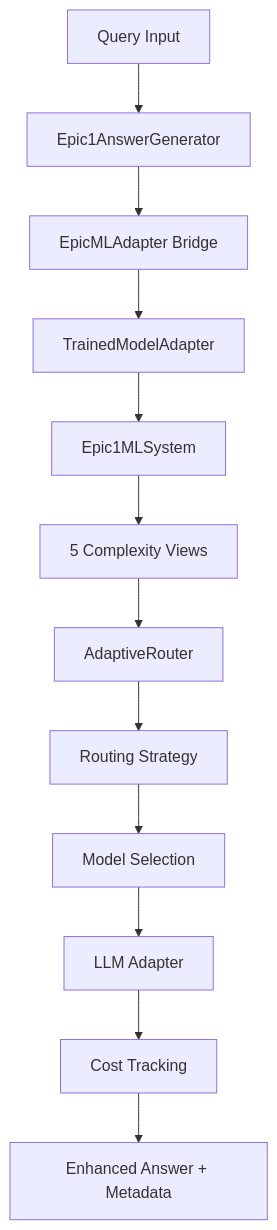
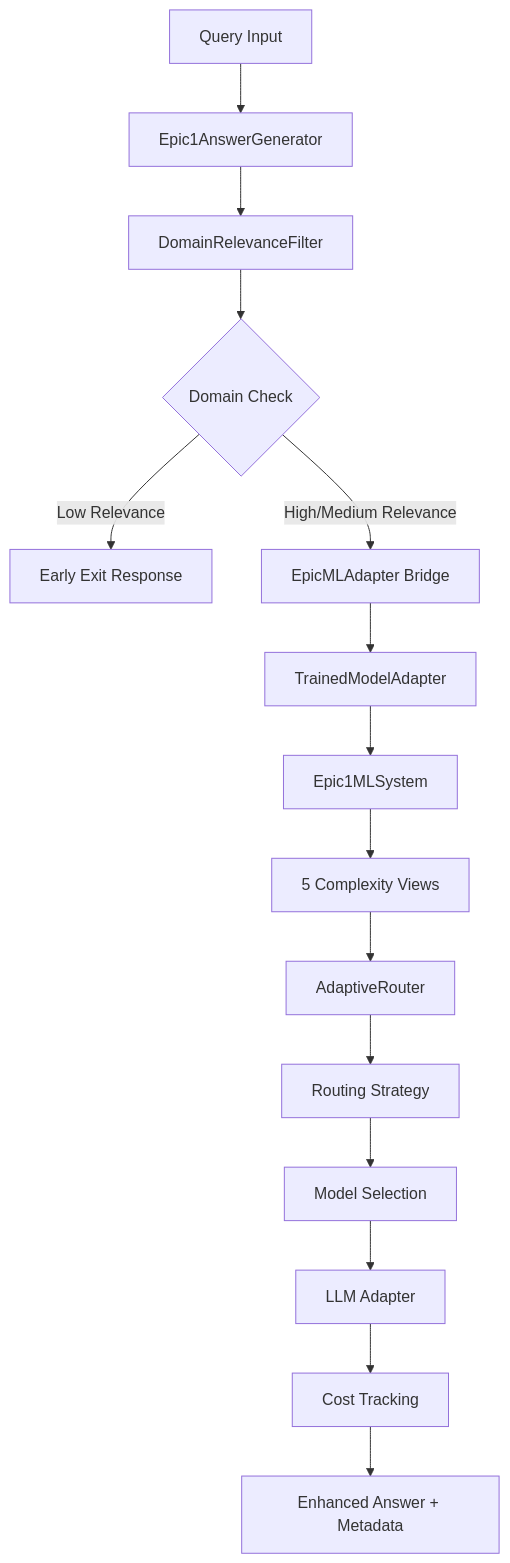
The diagram in docs/epic1/specifications/EPIC1_MASTER_SPECIFICATION.md (apassuello/technical-rag-system), drawn with Mermaid before and after one commit. The commit also changed other lines of this file and 8 other files, not shown here.

Commit message:
Updated documentation and tests for domain-relevance component

````diff
--- a/docs/epic1/specifications/EPIC1_MASTER_SPECIFICATION.md
+++ b/docs/epic1/specifications/EPIC1_MASTER_SPECIFICATION.md
@@ -46,14 +47,17 @@
 ```mermaid
 graph TB
     A[Query Input] --> B[Epic1AnswerGenerator]
-    B --> C[EpicMLAdapter Bridge]
-    C --> D[TrainedModelAdapter]
-    D --> E[Epic1MLSystem]
-    E --> F[5 Complexity Views]
-    F --> G[AdaptiveRouter]
-    G --> H[Routing Strategy]
-    H --> I[Model Selection]
-    I --> J[LLM Adapter]
-    J --> K[Cost Tracking]
-    K --> L[Enhanced Answer + Metadata]
+    B --> C[DomainRelevanceFilter]
+    C --> D{Domain Check}
+    D -->|Low Relevance| E[Early Exit Response]
+    D -->|High/Medium Relevance| F[EpicMLAdapter Bridge]
+    F --> G[TrainedModelAdapter]
+    G --> H[Epic1MLSystem]
+    H --> I[5 Complexity Views]
+    I --> J[AdaptiveRouter]
+    J --> K[Routing Strategy]
+    K --> L[Model Selection]
+    L --> M[LLM Adapter]
+    M --> N[Cost Tracking]
+    N --> O[Enhanced Answer + Metadata]
 ```
````
